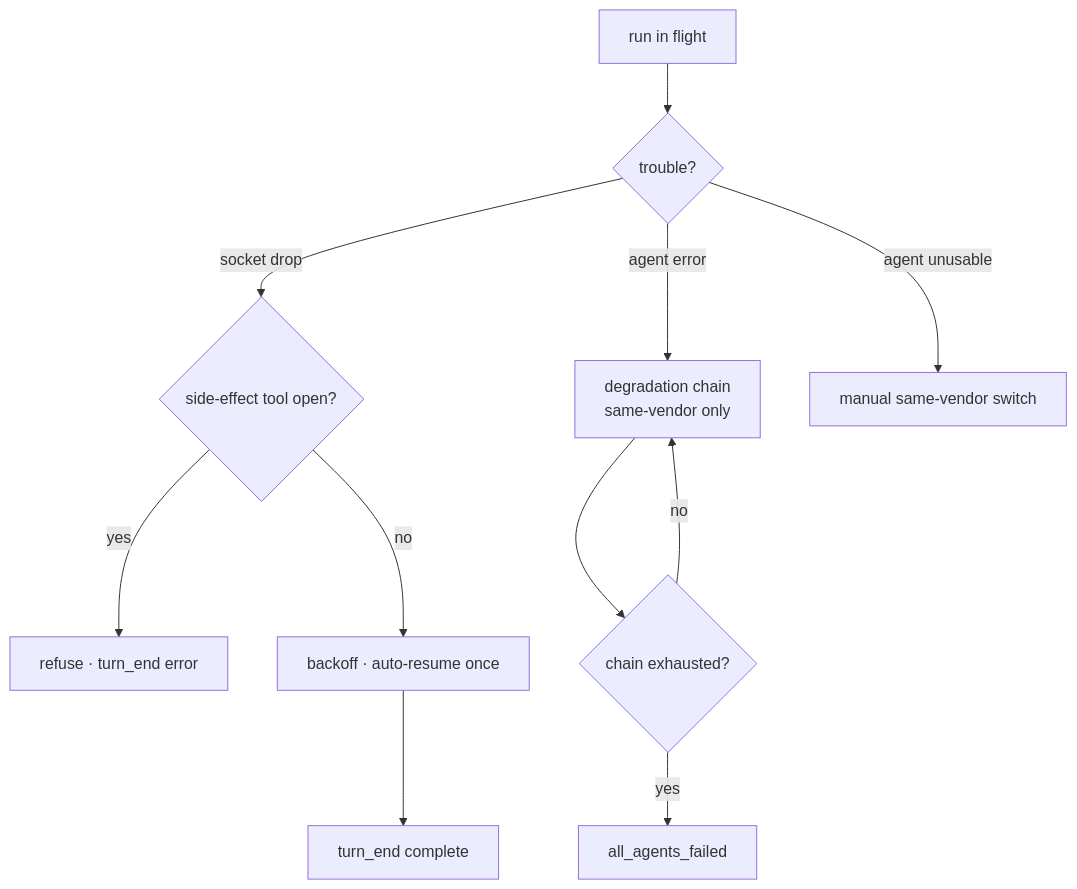
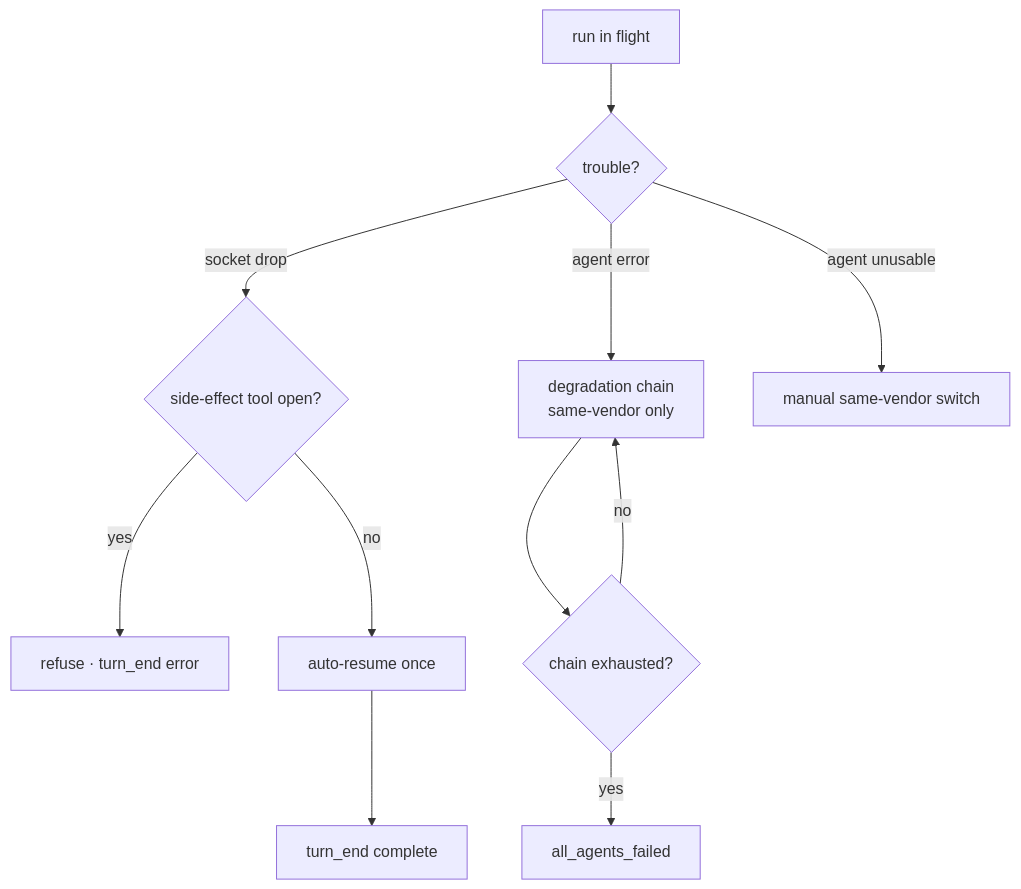
The diagram in doc/flows/flow-run-resilience.md (sequencestream/c3), drawn with Mermaid before and after one commit. The commit also changed other lines of this file and 128 other files, not shown here.

````diff
--- a/doc/flows/flow-run-resilience.md
+++ b/doc/flows/flow-run-resilience.md
@@ -15,13 +11,13 @@
 ```mermaid
 flowchart TD
     RUN[run in flight] --> D{trouble?}
     D -- socket drop --> GATE{side-effect tool open?}
     GATE -- yes --> ERR[refuse · turn_end error]
-    GATE -- no --> RES[backoff · auto-resume once]
+    GATE -- no --> RES[auto-resume once]
     RES --> OK[turn_end complete]
     D -- agent error --> CH[degradation chain<br/>same-vendor only]
     CH --> EXH{chain exhausted?}
     EXH -- no --> CH
     EXH -- yes --> AF[all_agents_failed]
     D -- agent unusable --> SW[manual same-vendor switch]
 ```
````
